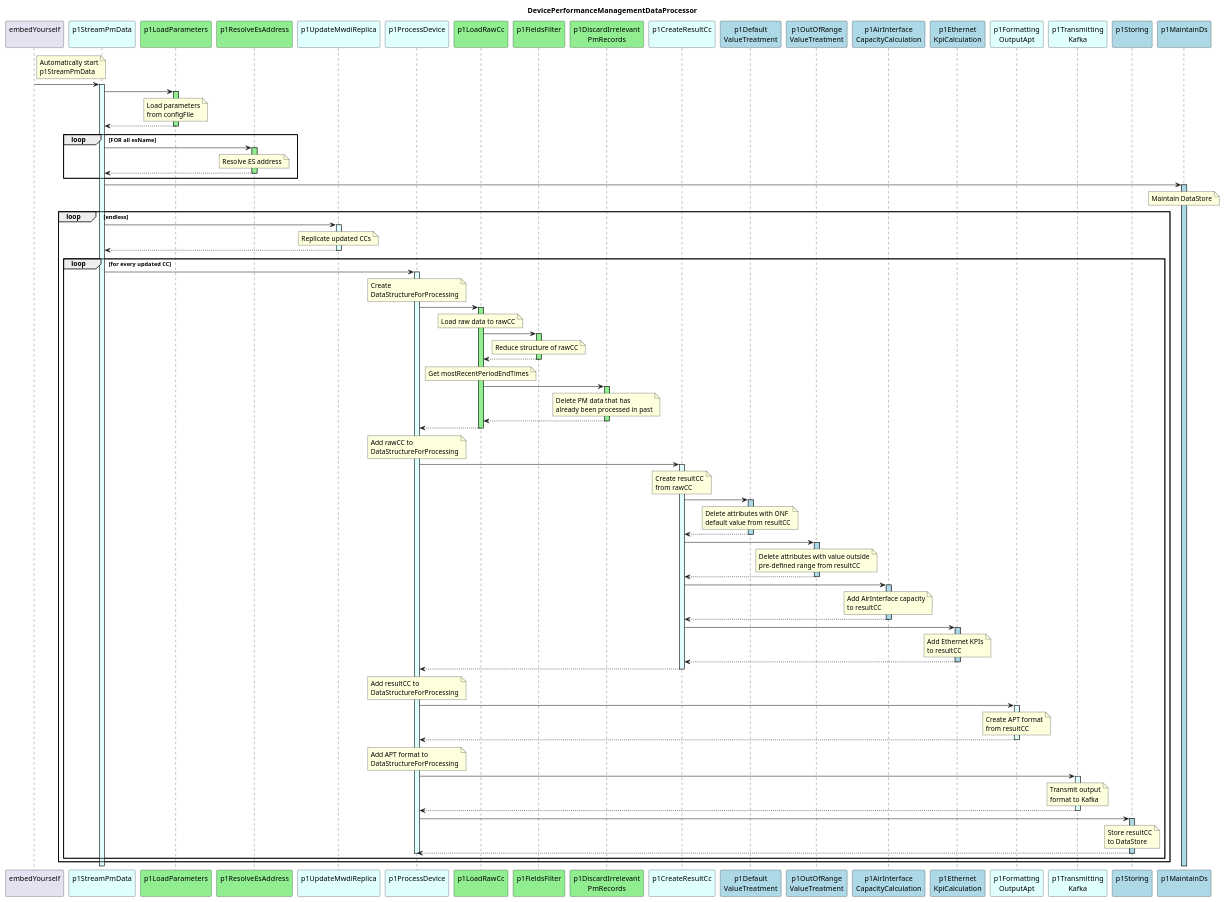
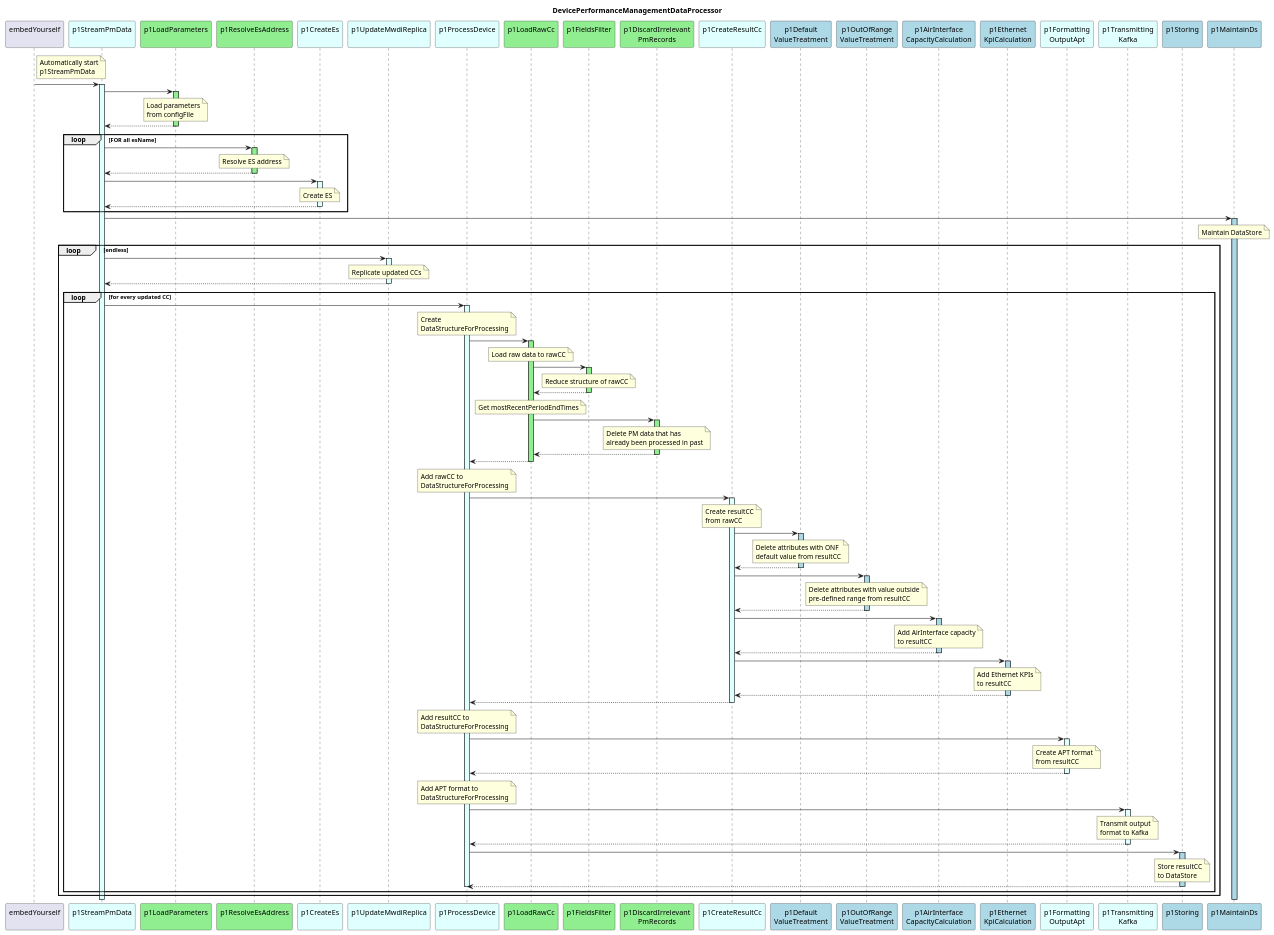
The diagram in spec/diagrams/hl_sequence.plantuml (openBackhaul/DevicePerformanceManagementDataProcessor), drawn with PlantUML before and after one commit. The commit also changed 1 other file, not shown here.

Commit message:
Add p1CreateEs to the hl_sequence

```diff
--- a/spec/diagrams/hl_sequence.plantuml
+++ b/spec/diagrams/hl_sequence.plantuml
@@ -9,6 +9,7 @@
 participant "p1StreamPmData\n" as p1RMWDI #LightCyan
 participant "p1LoadParameters\n" as p1LoadParams #LightGreen
 participant "p1ResolveEsAddress\n" as p1REA #LightGreen
+participant "p1CreateEs\n" as p1CMR #LightCyan
 participant "p1UpdateMwdiReplica\n" as p1UMR #LightCyan
 
 participant "p1ProcessDevice\n" as p1ProcessPm #LightCyan
@@ -57,6 +58,15 @@
       end note
     p1RMWDI <-- p1REA
     deactivate p1REA
+
+    p1RMWDI -> p1CMR
+    activate p1CMR #LightCyan
+      note over p1CMR
+        Create ES
+      end note
+    p1RMWDI <-- p1CMR
+    deactivate p1CMR
+
   end Loop
 
   p1RMWDI -> p1MDS
```
